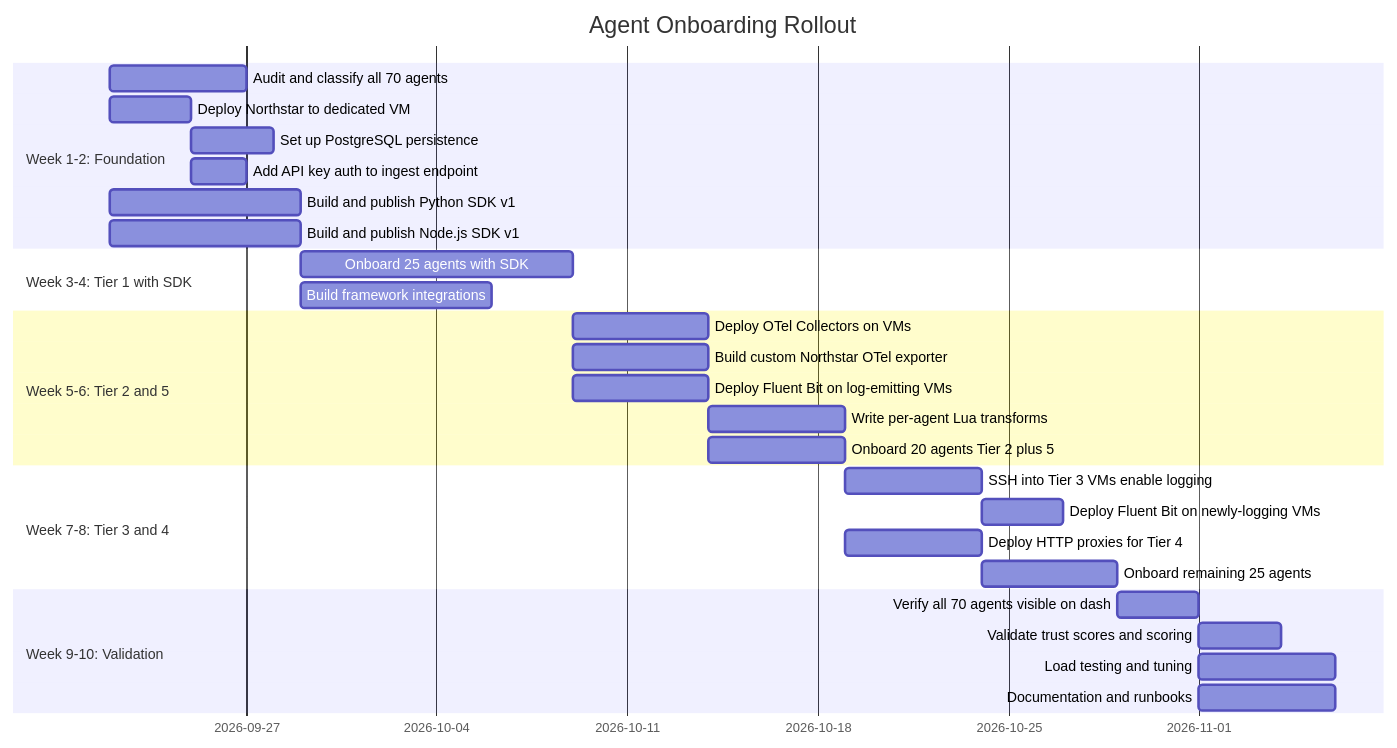
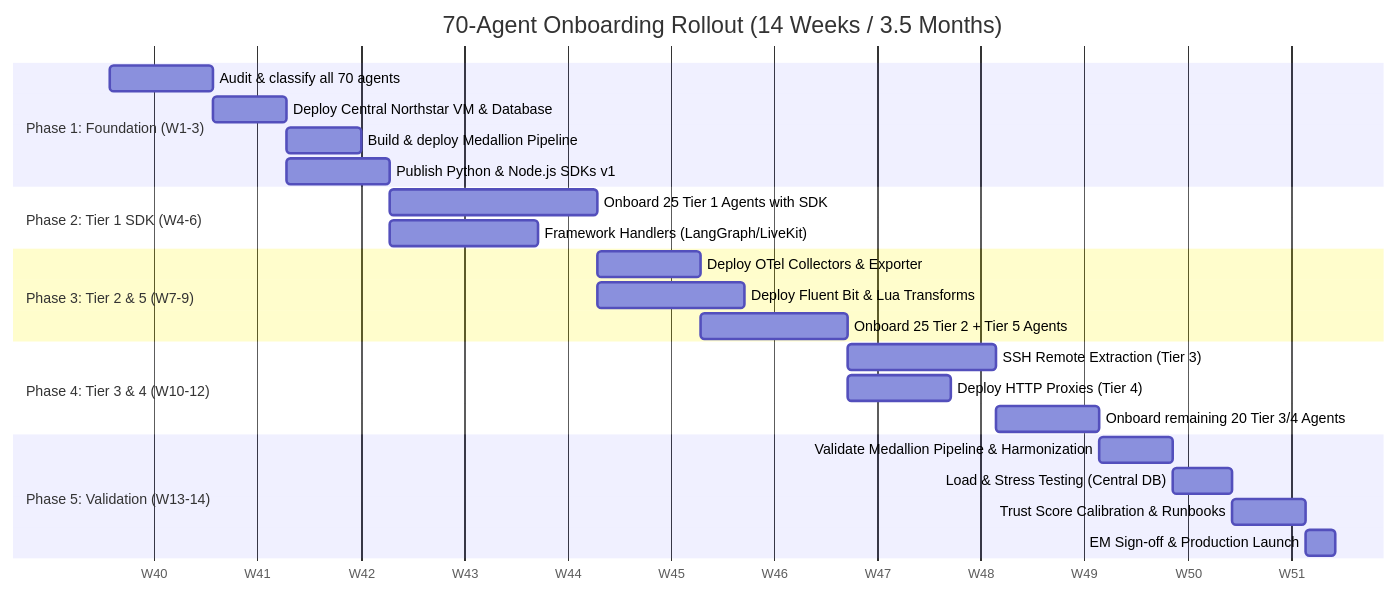
Before and after one commit to LuC-9/agent-ops: the tenth of 10 diagrams in docs/AGENT_ONBOARDING_70_TECHNICAL_PROPOSAL.md, drawn with Mermaid. The commit also changed other lines of this file, not shown here.

Commit message:
docs: update onboarding rollout timeline to 3.5 months (14-week phased plan)

````diff
--- a/docs/AGENT_ONBOARDING_70_TECHNICAL_PROPOSAL.md
+++ b/docs/AGENT_ONBOARDING_70_TECHNICAL_PROPOSAL.md
@@ -1713,36 +1715,32 @@
 ```mermaid
 gantt
-    title Agent Onboarding Rollout
+    title 70-Agent Onboarding Rollout (14 Weeks / 3.5 Months)
     dateFormat  YYYY-MM-DD
+    axisFormat  W%V
     
-    section Week 1-2: Foundation
-    Audit and classify all 70 agents          :a1, 2026-09-22, 5d
-    Deploy Northstar to dedicated VM        :a2, 2026-09-22, 3d
-    Set up PostgreSQL persistence           :a3, after a2, 3d
-    Add API key auth to ingest endpoint     :a4, after a2, 2d
-    Build and publish Python SDK v1           :a5, 2026-09-22, 7d
-    Build and publish Node.js SDK v1          :a6, 2026-09-22, 7d
+    section Phase 1: Foundation (W1-3)
+    Audit & classify all 70 agents            :a1, 2026-10-01, 7d
+    Deploy Central Northstar VM & Database   :a2, after a1, 5d
+    Build & deploy Medallion Pipeline        :a3, after a2, 5d
+    Publish Python & Node.js SDKs v1         :a4, after a2, 7d
     
-    section Week 3-4: Tier 1 with SDK
-    Onboard 25 agents with SDK             :b1, after a5, 10d
-    Build framework integrations            :b2, after a5, 7d
+    section Phase 2: Tier 1 SDK (W4-6)
+    Onboard 25 Tier 1 Agents with SDK        :b1, after a4, 14d
+    Framework Handlers (LangGraph/LiveKit)   :b2, after a4, 10d
     
-    section Week 5-6: Tier 2 and 5
-    Deploy OTel Collectors on VMs           :c1, after b1, 5d
-    Build custom Northstar OTel exporter    :c2, after b1, 5d
-    Deploy Fluent Bit on log-emitting VMs   :c3, after b1, 5d
-    Write per-agent Lua transforms          :c4, after c3, 5d
-    Onboard 20 agents Tier 2 plus 5         :c5, after c1, 5d
+    section Phase 3: Tier 2 & 5 (W7-9)
+    Deploy OTel Collectors & Exporter        :c1, after b1, 7d
+    Deploy Fluent Bit & Lua Transforms       :c2, after b1, 10d
+    Onboard 25 Tier 2 + Tier 5 Agents        :c3, after c1, 10d
     
-    section Week 7-8: Tier 3 and 4
-    SSH into Tier 3 VMs enable logging      :d1, after c5, 5d
-    Deploy Fluent Bit on newly-logging VMs  :d2, after d1, 3d
-    Deploy HTTP proxies for Tier 4          :d3, after c5, 5d
-    Onboard remaining 25 agents             :d4, after d1, 5d
+    section Phase 4: Tier 3 & 4 (W10-12)
+    SSH Remote Extraction (Tier 3)           :d1, after c3, 10d
+    Deploy HTTP Proxies (Tier 4)             :d2, after c3, 7d
+    Onboard remaining 20 Tier 3/4 Agents     :d3, after d1, 7d
     
-    section Week 9-10: Validation
-    Verify all 70 agents visible on dash    :e1, after d4, 3d
-    Validate trust scores and scoring       :e2, after e1, 3d
-    Load testing and tuning                 :e3, after e1, 5d
-    Documentation and runbooks              :e4, after e1, 5d
+    section Phase 5: Validation (W13-14)
+    Validate Medallion Pipeline & Harmonization :e1, after d3, 5d
+    Load & Stress Testing (Central DB)       :e2, after e1, 4d
+    Trust Score Calibration & Runbooks       :e3, after e2, 5d
+    EM Sign-off & Production Launch          :e4, after e3, 2d
 ```
````
